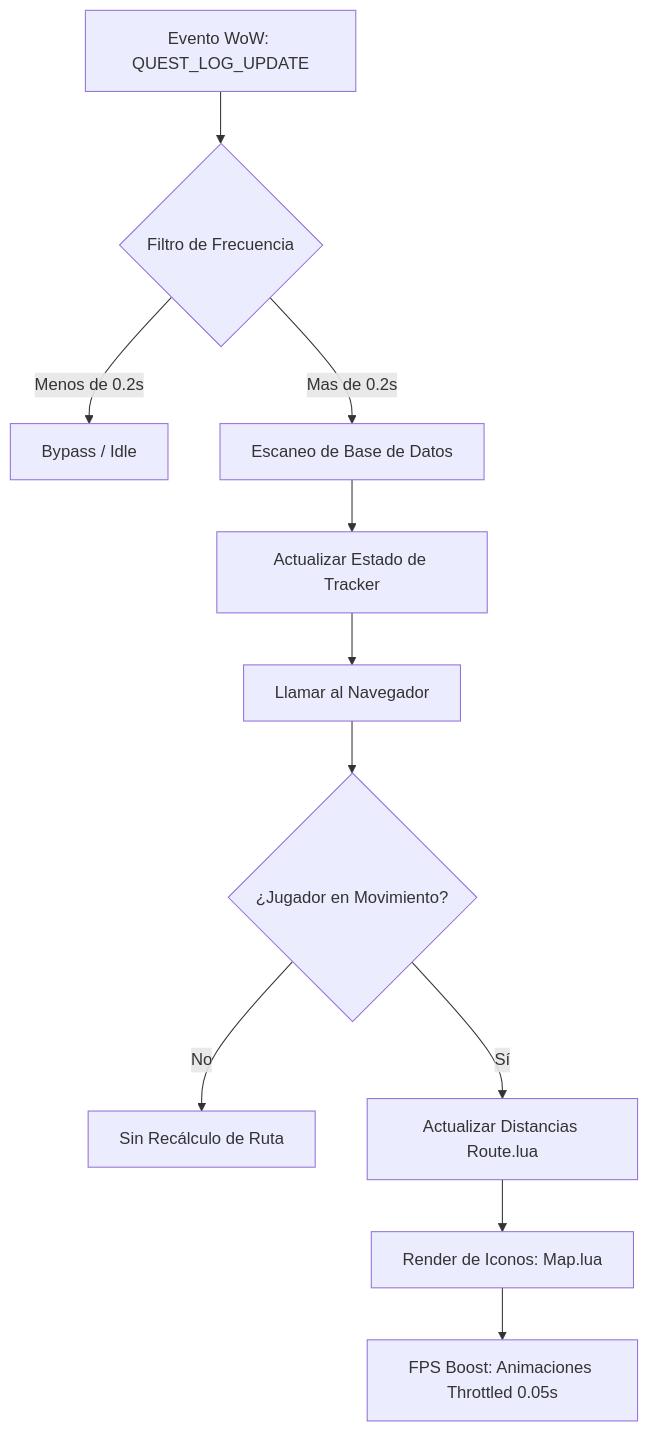
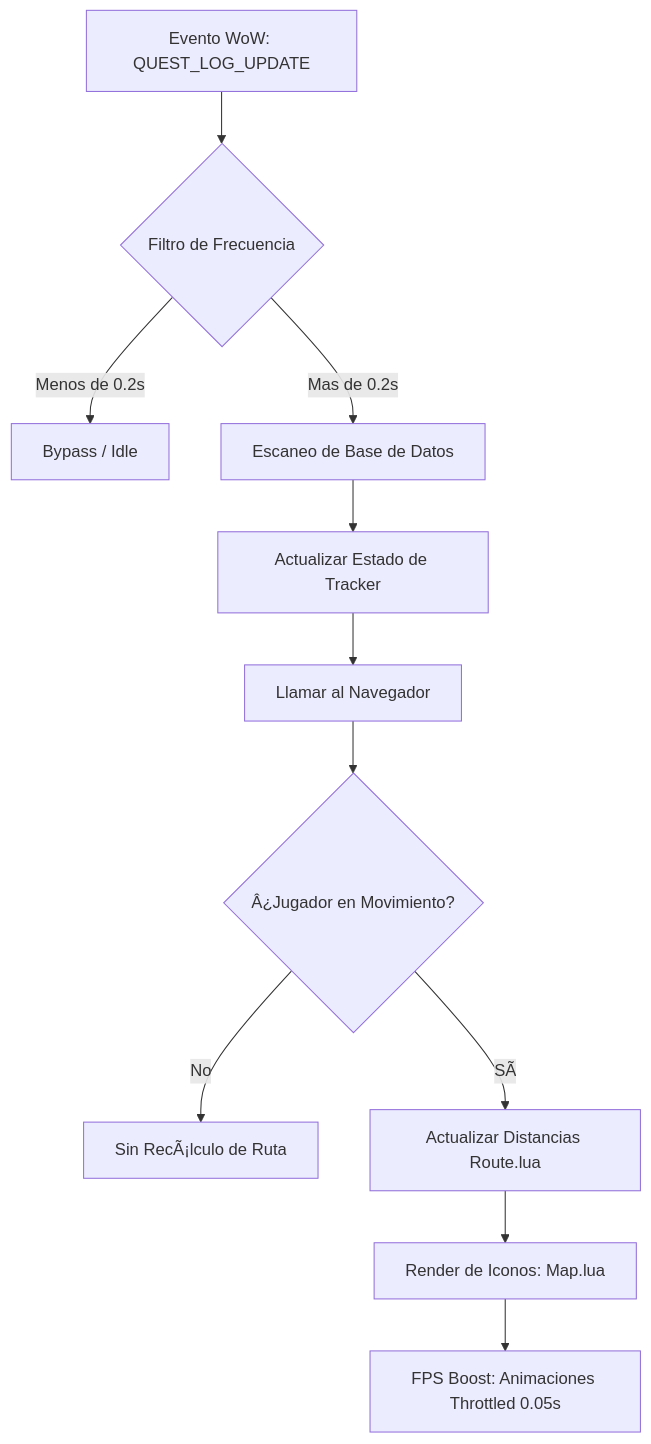
The diagram in wiki/Architecture.md (DarckRovert/pfQuest-El-Sequito-del-Terror-Edition), drawn with Mermaid before and after one commit. The commit also changed other lines of this file and 7 other files, not shown here.

````diff
--- a/wiki/Architecture.md
+++ b/wiki/Architecture.md
@@ -18,13 +18,13 @@
 ```mermaid
 graph TD
     A[Evento WoW: QUEST_LOG_UPDATE] --> B{Filtro de Frecuencia}
     B -- Menos de 0.2s --> Z[Bypass / Idle]
     B -- Mas de 0.2s --> C[Escaneo de Base de Datos]
     C --> D[Actualizar Estado de Tracker]
     D --> E[Llamar al Navegador]
-    E --> F{¿Jugador en Movimiento?}
-    F -- No --> G[Sin Recálculo de Ruta]
-    F -- Sí --> H[Actualizar Distancias Route.lua]
+    E --> F{Â¿Jugador en Movimiento?}
+    F -- No --> G[Sin RecÃ¡lculo de Ruta]
+    F -- SÃ­ --> H[Actualizar Distancias Route.lua]
     H --> I[Render de Iconos: Map.lua]
     I --> J[FPS Boost: Animaciones Throttled 0.05s]
 ```
````
